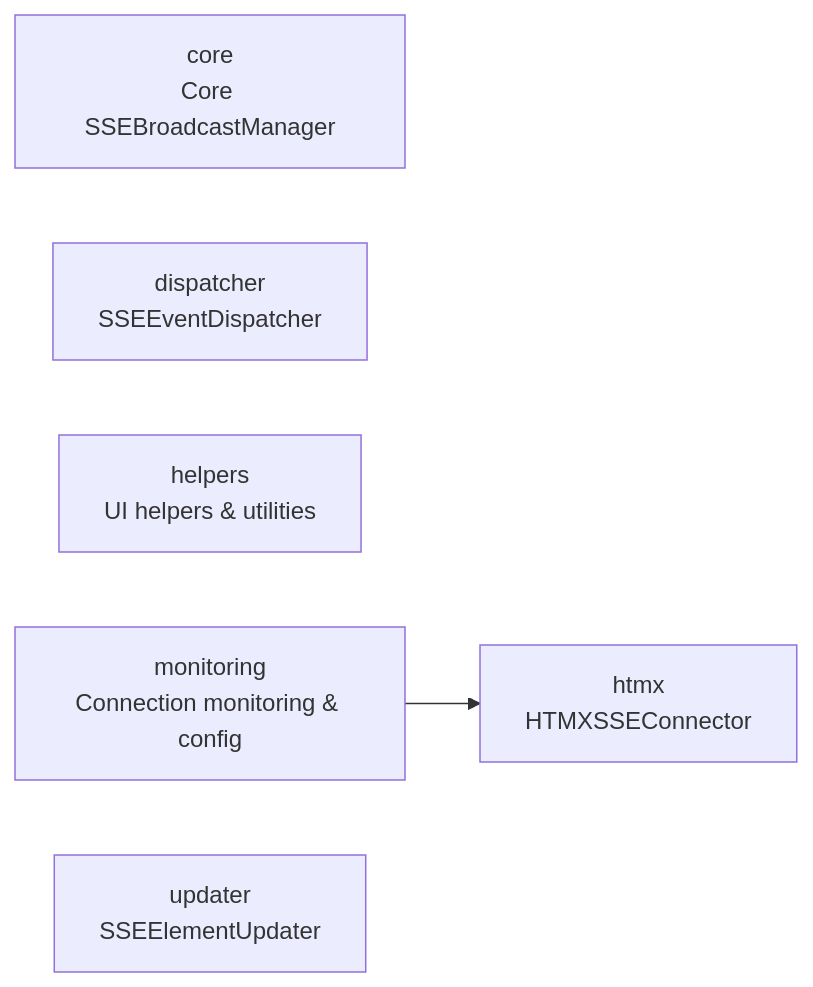
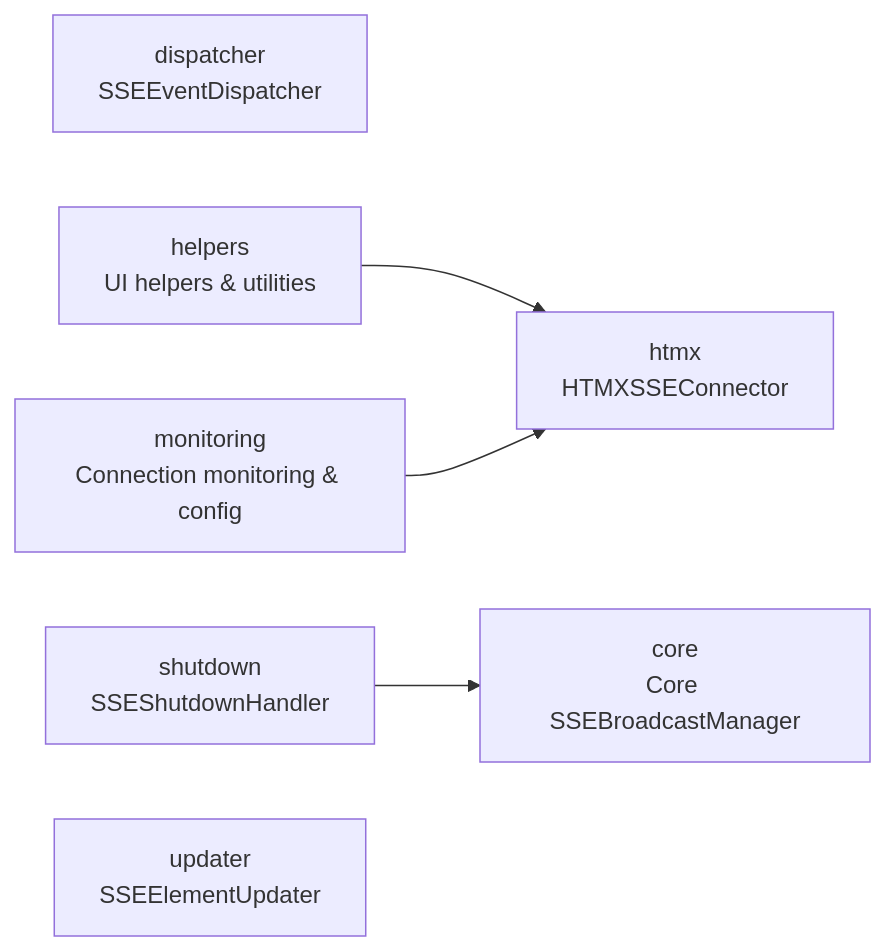
One commit to cj-mills/cjm-fasthtml-sse changed the diagram in README.md. Above: the diagram before and after it, drawn with Mermaid. The commit also changed other lines of this file and 6 other files, not shown here.

Commit message:
Implement SSEShutdownHandler.

````diff
--- a/README.md
+++ b/README.md
@@ -26,11 +27,14 @@
 ``` mermaid
 graph LR
     core[core<br/>Core SSEBroadcastManager]
     dispatcher[dispatcher<br/>SSEEventDispatcher]
     helpers[helpers<br/>UI helpers & utilities]
     htmx[htmx<br/>HTMXSSEConnector]
     monitoring[monitoring<br/>Connection monitoring & config]
+    shutdown[shutdown<br/>SSEShutdownHandler]
     updater[updater<br/>SSEElementUpdater]
 
+    helpers --> htmx
     monitoring --> htmx
+    shutdown --> core
 ```
````
